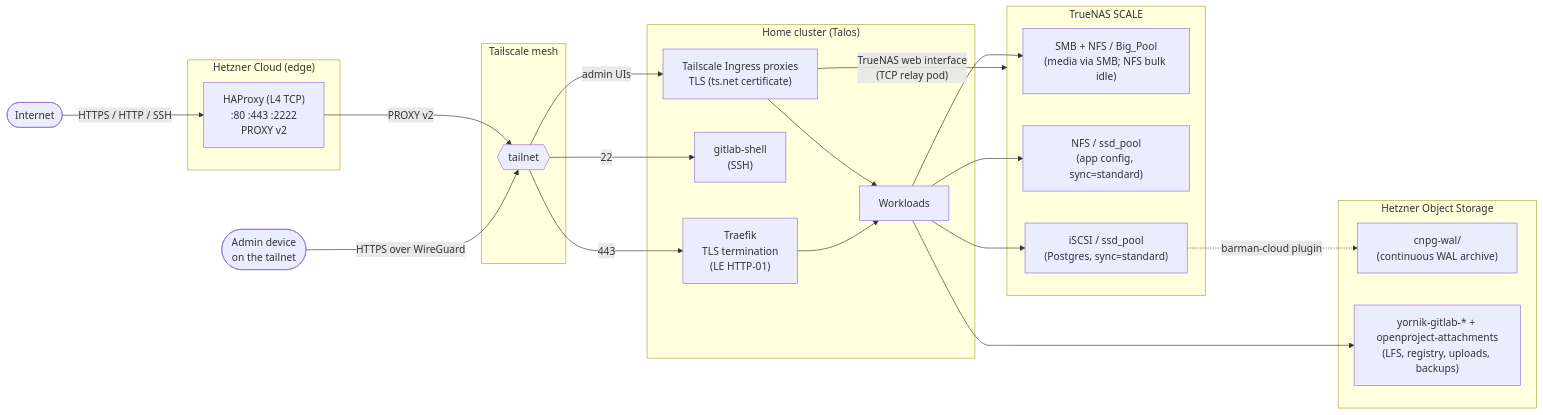
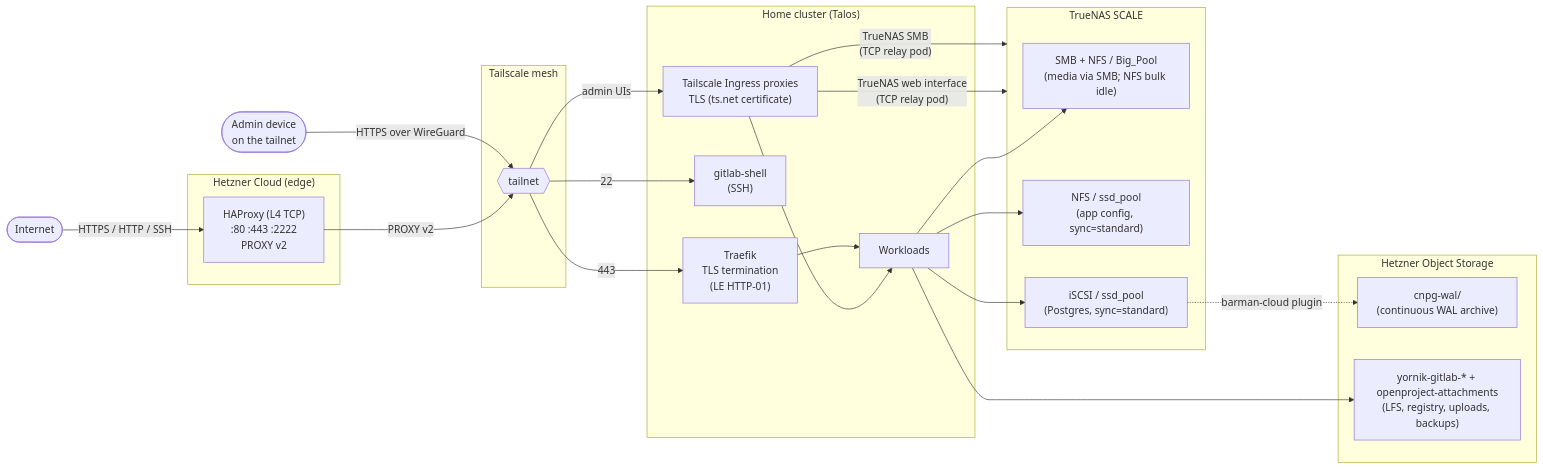
Before and after one commit to Yornik/sharkshere-gitops: the diagram in docs/tech/README.md, drawn with Mermaid. The commit also changed other lines of this file and 9 other files, not shown here.

````diff
--- a/docs/tech/README.md
+++ b/docs/tech/README.md
@@ -38,41 +38,42 @@
 ```mermaid
 flowchart LR
   Internet([Internet])
   Admin([Admin device<br/>on the tailnet])
   subgraph Hetzner["Hetzner Cloud (edge)"]
     HAProxy["HAProxy (L4 TCP)<br/>:80 :443 :2222<br/>PROXY v2"]
   end
   subgraph TS["Tailscale mesh"]
     Mesh{{tailnet}}
   end
   subgraph Home["Home cluster (Talos)"]
     Traefik["Traefik<br/>TLS termination<br/>(LE HTTP-01)"]
     Apps[Workloads]
     GitlabShell["gitlab-shell<br/>(SSH)"]
     TSProxy["Tailscale Ingress proxies<br/>TLS (ts.net certificate)"]
   end
   subgraph NAS["TrueNAS SCALE"]
     HDD["SMB + NFS / Big_Pool<br/>(media via SMB; NFS bulk idle)"]
     SSD_NFS["NFS / ssd_pool<br/>(app config, sync=standard)"]
     SSD_iSCSI["iSCSI / ssd_pool<br/>(Postgres, sync=standard)"]
   end
   subgraph S3["Hetzner Object Storage"]
     WAL["cnpg-wal/<br/>(continuous WAL archive)"]
     Buckets["yornik-gitlab-* + openproject-attachments<br/>(LFS, registry, uploads, backups)"]
   end
 
   Internet -->|HTTPS / HTTP / SSH| HAProxy
   HAProxy -->|"PROXY v2"| Mesh
   Mesh -->|443| Traefik
   Mesh -->|22| GitlabShell
   Admin -->|"HTTPS over WireGuard"| Mesh
   Mesh -->|admin UIs| TSProxy
   TSProxy --> Apps
   TSProxy -->|"TrueNAS web interface<br/>(TCP relay pod)"| NAS
+  TSProxy -->|"TrueNAS SMB<br/>(TCP relay pod)"| NAS
   Traefik --> Apps
   Apps --> HDD
   Apps --> SSD_NFS
   Apps --> SSD_iSCSI
   Apps --> Buckets
   SSD_iSCSI -.barman-cloud plugin.-> WAL
 ```
````
